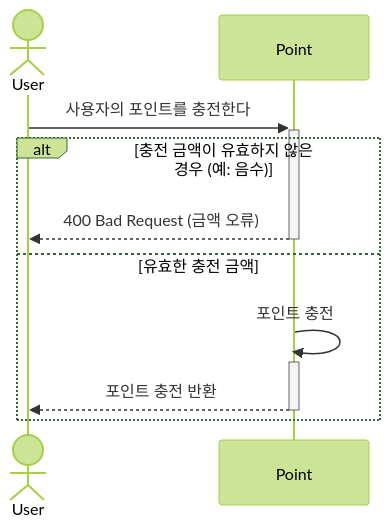
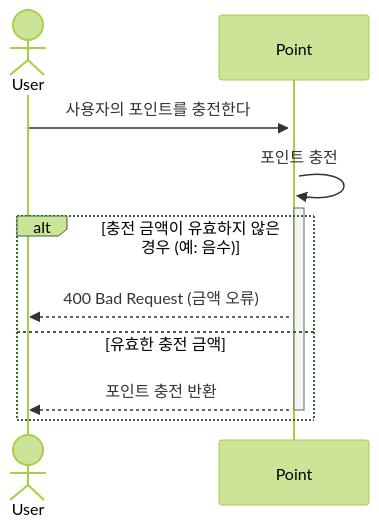
One commit to sjkyung/hhplus-server-ecommerce changed the first of 2 diagrams in docs/PointSequenceDiagram.md. Above: the diagram before and after it, drawn with Mermaid (forest theme). The commit also changed other lines of this file, not shown here.

Commit message:
Feat: 포인트 시퀀스 다이어그램 수정

````diff
--- a/docs/PointSequenceDiagram.md
+++ b/docs/PointSequenceDiagram.md
@@ -3,13 +3,13 @@
 ```mermaid
 sequenceDiagram
     actor User
     participant Point
 
     User->>+Point: 사용자의 포인트를 충전한다
+    Point->>+Point: 포인트 충전
     alt 충전 금액이 유효하지 않은 경우 (예: 음수)
-        Point-->>-User: 400 Bad Request (금액 오류)
+        Point-->>User: 400 Bad Request (금액 오류)
     else 유효한 충전 금액
-        Point->>+Point: 포인트 충전
         Point-->>-User: 포인트 충전 반환
     end
 ```
````
